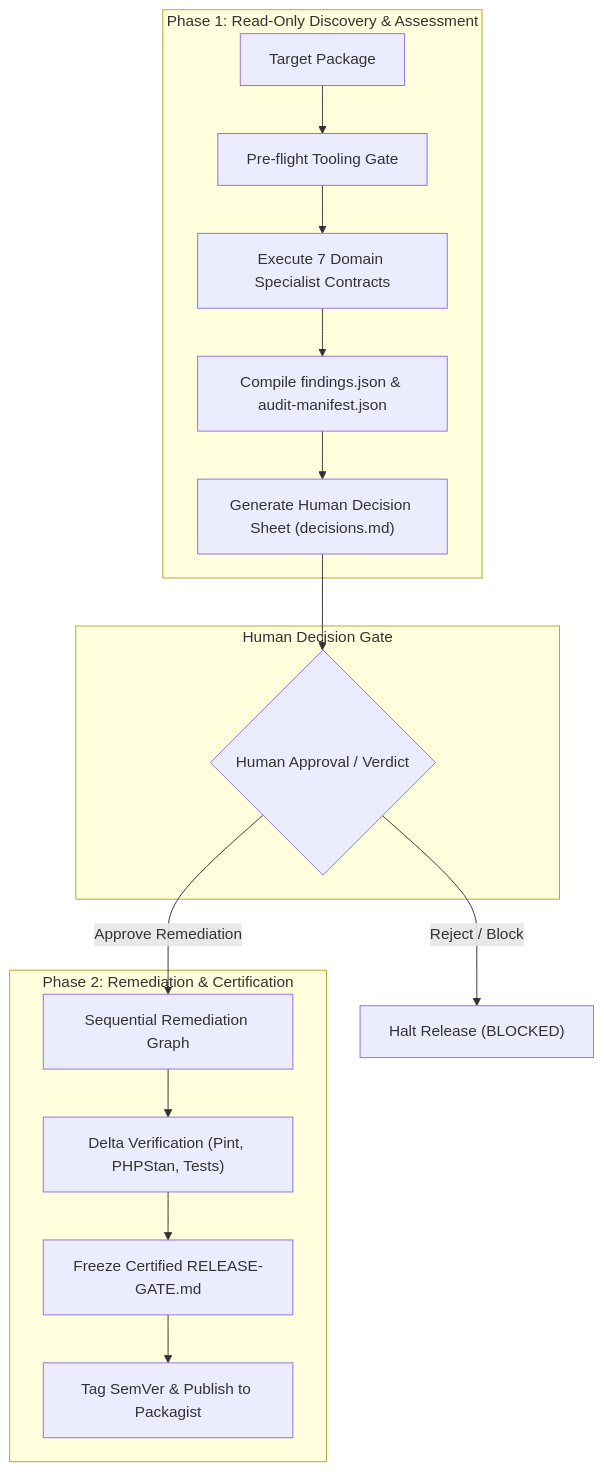
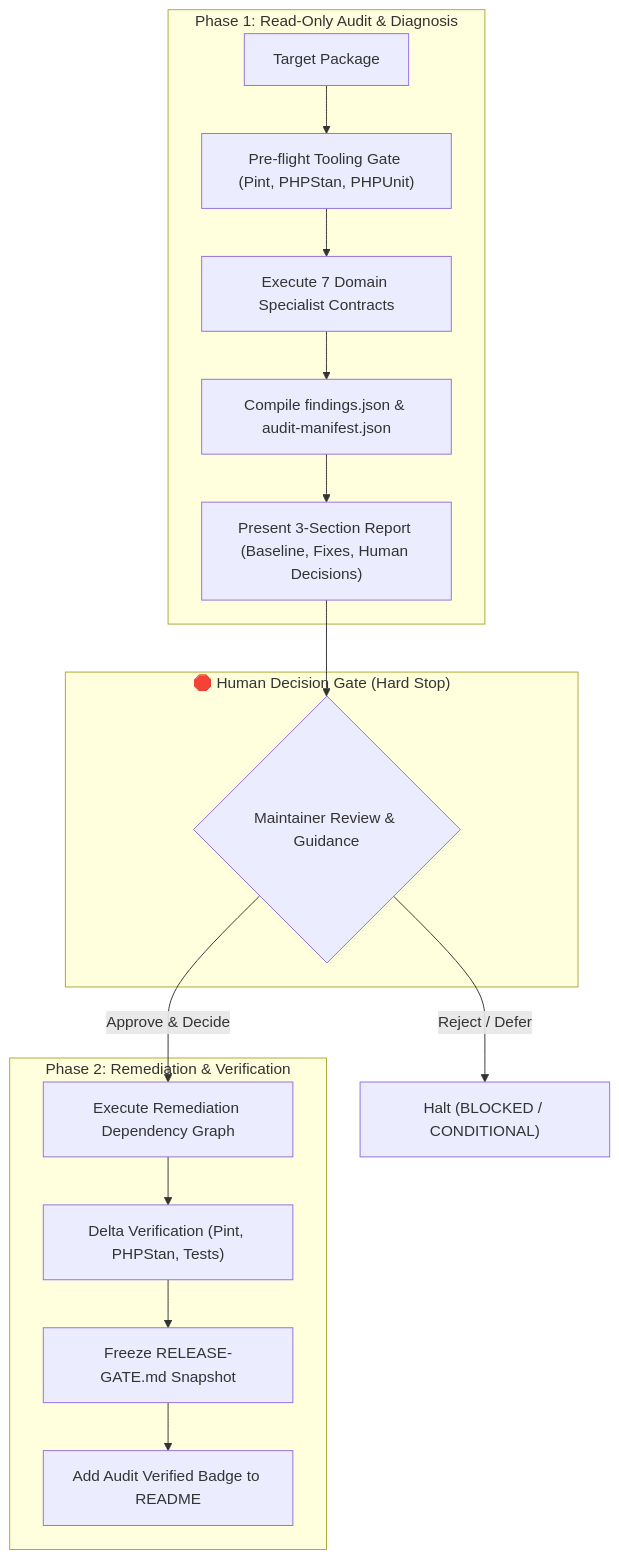
Before and after one commit to alex-kassel/laravel-package-audit: the diagram in README.md, drawn with Mermaid. The commit also changed other lines of this file and 30 other files, not shown here.

````diff
--- a/README.md
+++ b/README.md
@@ -49,22 +50,22 @@
 ```mermaid
 flowchart TD
-    subgraph Phase1["Phase 1: Read-Only Discovery & Assessment"]
-        A["Target Package"] --> B["Pre-flight Tooling Gate"]
+    subgraph Phase1["Phase 1: Read-Only Audit & Diagnosis"]
+        A["Target Package"] --> B["Pre-flight Tooling Gate (Pint, PHPStan, PHPUnit)"]
         B --> C["Execute 7 Domain Specialist Contracts"]
         C --> D["Compile findings.json & audit-manifest.json"]
-        D --> E["Generate Human Decision Sheet (decisions.md)"]
+        D --> E["Present 3-Section Report (Baseline, Fixes, Human Decisions)"]
     end
 
-    subgraph Decision["Human Decision Gate"]
-        E --> F{"Human Approval / Verdict"}
+    subgraph DecisionGate["🛑 Human Decision Gate (Hard Stop)"]
+        E --> F{"Maintainer Review & Guidance"}
     end
 
-    subgraph Phase2["Phase 2: Remediation & Certification"]
-        F -->|Approve Remediation| G["Sequential Remediation Graph"]
+    subgraph Phase2["Phase 2: Remediation & Verification"]
+        F -->|Approve & Decide| G["Execute Remediation Dependency Graph"]
         G --> H["Delta Verification (Pint, PHPStan, Tests)"]
-        H --> I["Freeze Certified RELEASE-GATE.md"]
-        I --> J["Tag SemVer & Publish to Packagist"]
+        H --> I["Freeze RELEASE-GATE.md Snapshot"]
+        I --> J["Add Audit Verified Badge to README"]
     end
 
-    F -->|Reject / Block| K["Halt Release (BLOCKED)"]
+    F -->|Reject / Defer| K["Halt (BLOCKED / CONDITIONAL)"]
 ```
````
